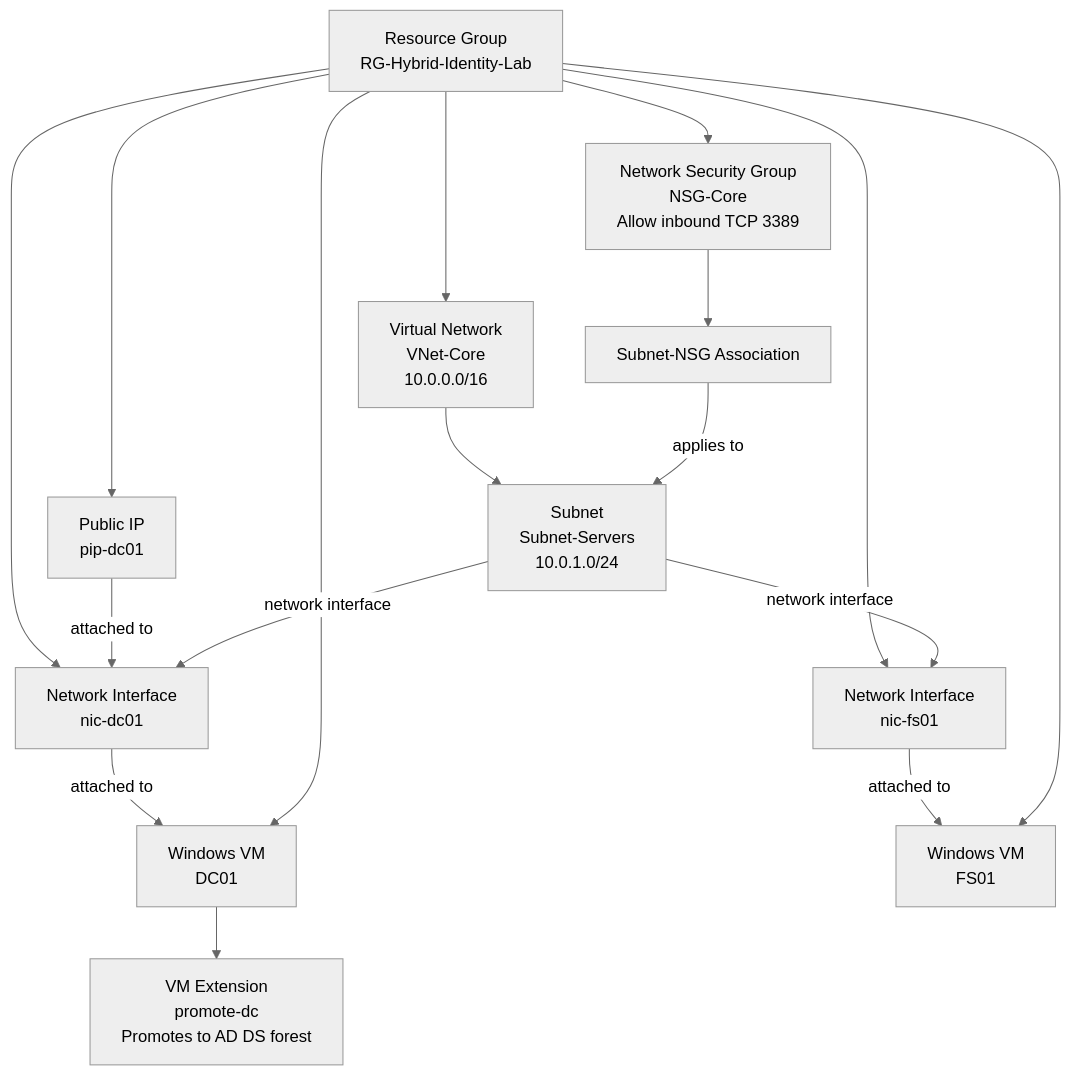
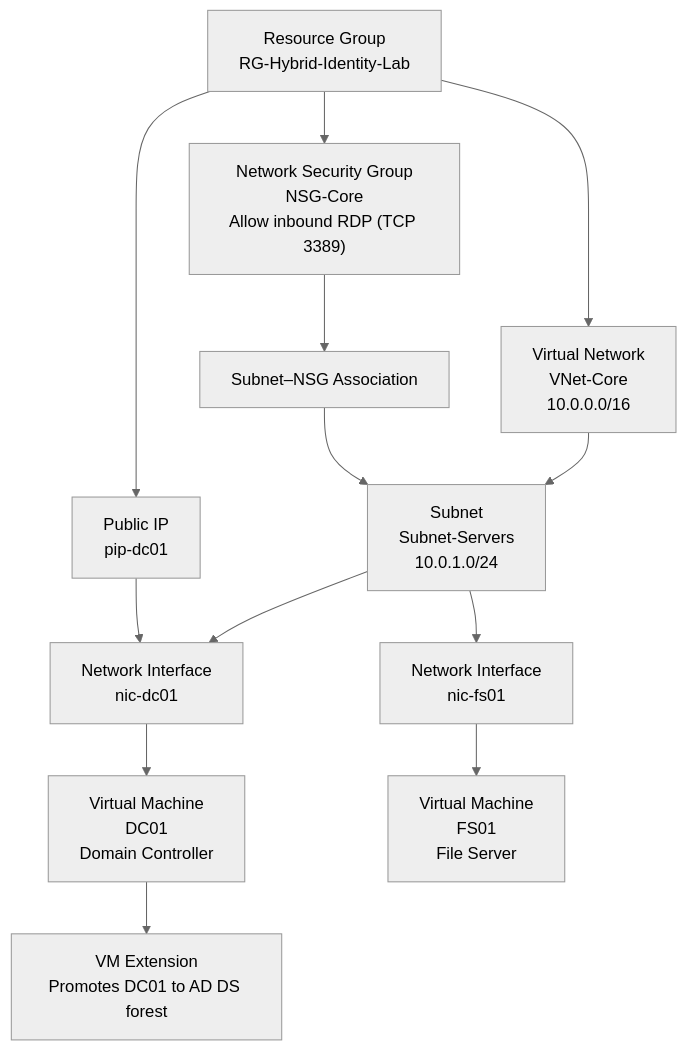
One commit to PrinceCloudOps/ntfs-ad-lab-terraform changed the diagram in README.md. Above: the diagram before and after it, drawn with Mermaid (neutral theme). The commit also changed other lines of this file, not shown here.

````diff
--- a/README.md
+++ b/README.md
@@ -8,34 +22,20 @@
 ```mermaid
 graph TD
     RG["Resource Group<br/>RG-Hybrid-Identity-Lab"]
+    RG --> VNet["Virtual Network<br/>VNet-Core<br/>10.0.0.0/16"]
+    VNet --> Subnet["Subnet<br/>Subnet-Servers<br/>10.0.1.0/24"]
 
-    VNET["Virtual Network<br/>VNet-Core<br/>10.0.0.0/16"]
-    SUBNET["Subnet<br/>Subnet-Servers<br/>10.0.1.0/24"]
-    RG --> VNET
-    VNET --> SUBNET
+    RG --> NSG["Network Security Group<br/>NSG-Core<br/>Allow inbound RDP (TCP 3389)"]
+    NSG --> Association["Subnet–NSG Association"]
+    Association --> Subnet
 
-    PIP["Public IP<br/>pip-dc01"]
-    DCNIC["Network Interface<br/>nic-dc01"]
-    DC01["Windows VM<br/>DC01"]
-    PROMOTE["VM Extension<br/>promote-dc<br/>Promotes to AD DS forest"]
-    RG --> PIP
-    RG --> DCNIC
-    PIP -->|attached to| DCNIC
-    SUBNET -->|network interface| DCNIC
-    DCNIC -->|attached to| DC01
-    RG --> DC01
-    DC01 --> PROMOTE
+    RG --> PIP["Public IP<br/>pip-dc01"]
+    
+    Subnet --> NIC_DC01["Network Interface<br/>nic-dc01"]
+    PIP --> NIC_DC01
+    NIC_DC01 --> DC01["Virtual Machine<br/>DC01<br/>Domain Controller"]
+    DC01 --> Extension["VM Extension<br/>Promotes DC01 to AD DS forest"]
 
-    FSNIC["Network Interface<br/>nic-fs01"]
-    FS01["Windows VM<br/>FS01"]
-    RG --> FSNIC
-    SUBNET -->|network interface| FSNIC
-    FSNIC -->|attached to| FS01
-    RG --> FS01
-
-    NSG["Network Security Group<br/>NSG-Core<br/>Allow inbound TCP 3389"]
-    NSG_ASSOC["Subnet-NSG Association"]
-    RG --> NSG
-    NSG --> NSG_ASSOC
-    NSG_ASSOC -->|applies to| SUBNET
+    Subnet --> NIC_FS01["Network Interface<br/>nic-fs01"]
+    NIC_FS01 --> FS01["Virtual Machine<br/>FS01<br/>File Server"]
 ```
````
